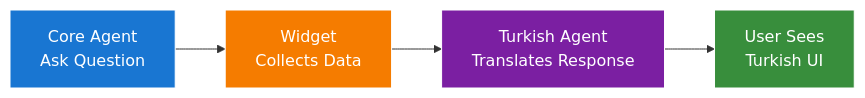
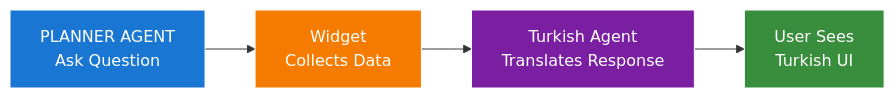
The seventh of 12 diagrams in IMPLEMENTATION_FLOW.md (PoyrazTahan/onboarding_assistant), drawn with Mermaid before and after one commit. The commit also changed other lines of this file and 2 other files, not shown here.

````diff
--- a/IMPLEMENTATION_FLOW.md
+++ b/IMPLEMENTATION_FLOW.md
@@ -257,11 +263,11 @@
 ```mermaid
 graph LR
-    CORE[Core Agent<br/>Ask Question] --> WIDGET[Widget<br/>Collects Data]
+    PLANNER[PLANNER AGENT<br/>Ask Question] --> WIDGET[Widget<br/>Collects Data]
     WIDGET --> TURKISH[Turkish Agent<br/>Translates Response]
     TURKISH --> USER[User Sees<br/>Turkish UI]
-    
-    style CORE fill:#1976d2,stroke:#ffffff,color:#ffffff
+
+    style PLANNER fill:#1976d2,stroke:#ffffff,color:#ffffff
     style WIDGET fill:#f57c00,stroke:#ffffff,color:#ffffff
     style TURKISH fill:#7b1fa2,stroke:#ffffff,color:#ffffff
     style USER fill:#388e3c,stroke:#ffffff,color:#ffffff
 ```
````
